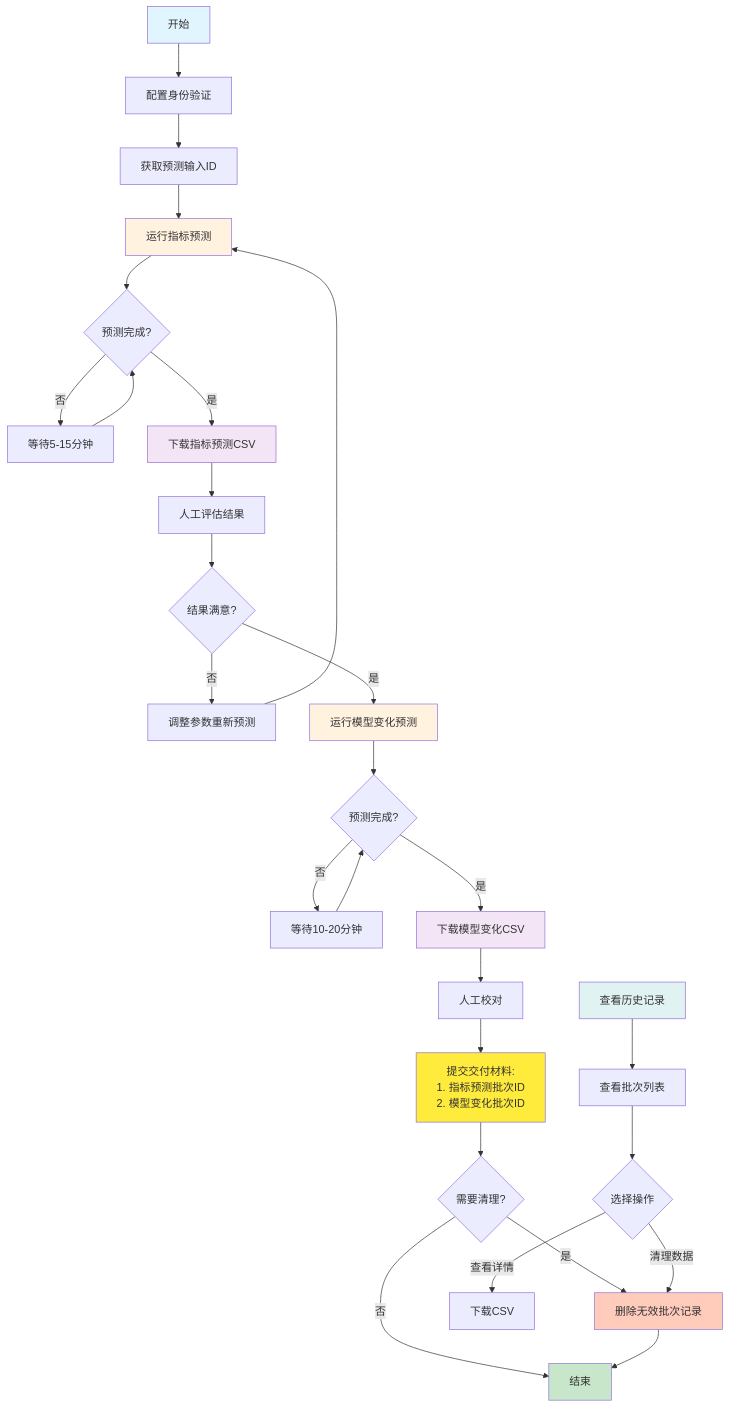
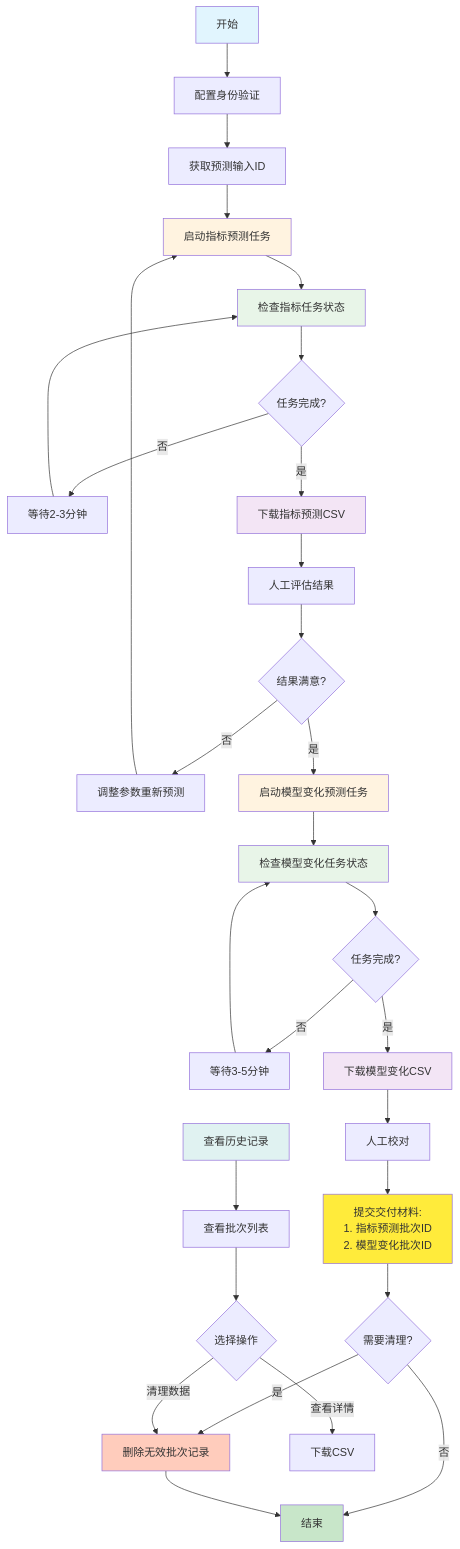
Before and after one commit to id-life/jakiro-medical-pipeline: the diagram in docs/AI 预测系统API.md, drawn with Mermaid. The commit also changed other lines of this file, not shown here.

````diff
--- a/docs/AI 预测系统API.md
+++ b/docs/AI 预测系统API.md
@@ -24,41 +24,45 @@
 ```mermaid
    graph TD
    A[开始] --> B[配置身份验证]
    B --> C[获取预测输入ID]
-   C --> D[运行指标预测]
-   D --> E{预测完成?}
-   E --> |否| F[等待5-15分钟]
-   F --> E
-   E --> |是| G[下载指标预测CSV]
-   G --> H[人工评估结果]
-   H --> I{结果满意?}
-   I --> |否| J[调整参数重新预测]
-   J --> D
-   I --> |是| K[运行模型变化预测]
-   K --> L{预测完成?}
-   L --> |否| M[等待10-20分钟]
-   M --> L
-   L --> |是| N[下载模型变化CSV]
-   N --> O[人工校对]
-   O --> P["提交交付材料:<br/>1. 指标预测批次ID<br/>2. 模型变化批次ID"]
-   P --> Q{需要清理?}
-   Q --> |是| R[删除无效批次记录]
-   Q --> |否| S[结束]
-   R --> S
+   C --> D[启动指标预测任务]
+   D --> E[检查指标任务状态]
+   E --> F{任务完成?}
+   F --> |否| G[等待2-3分钟]
+   G --> E
+   F --> |是| H[下载指标预测CSV]
+   H --> I[人工评估结果]
+   I --> J{结果满意?}
+   J --> |否| K[调整参数重新预测]
+   K --> D
+   J --> |是| L[启动模型变化预测任务]
+   L --> M[检查模型变化任务状态]
+   M --> N{任务完成?}
+   N --> |否| O[等待3-5分钟]
+   O --> M
+   N --> |是| P[下载模型变化CSV]
+   P --> Q[人工校对]
+   Q --> R["提交交付材料:<br/>1. 指标预测批次ID<br/>2. 模型变化批次ID"]
+   R --> S{需要清理?}
+   S --> |是| T[删除无效批次记录]
+   S --> |否| U[结束]
+   T --> U
 
    %% 管理功能分支
-   T[查看历史记录] --> U[查看批次列表]
-   U --> V{选择操作}
-   V --> |查看详情| W[下载CSV]
-   V --> |清理数据| R
+   V[查看历史记录] --> W[查看批次列表]
+   W --> X{选择操作}
+   X --> |查看详情| Y[下载CSV]
+   X --> |清理数据| T
 
    style A fill:#e1f5fe
-   style S fill:#c8e6c9
+   style U fill:#c8e6c9
    style D fill:#fff3e0
-   style K fill:#fff3e0
-   style G fill:#f3e5f5
-   style N fill:#f3e5f5
-   style R fill:#ffccbc
-   style T fill:#e0f2f1
-   style P fill:#ffeb3b
+   style L fill:#fff3e0
+   style E fill:#e8f5e8
+   style M fill:#e8f5e8
+   style H fill:#f3e5f5
+   style P fill:#f3e5f5
+   style T fill:#ffccbc
+   style V fill:#e0f2f1
+   style R fill:#ffeb3b
 ```
````
